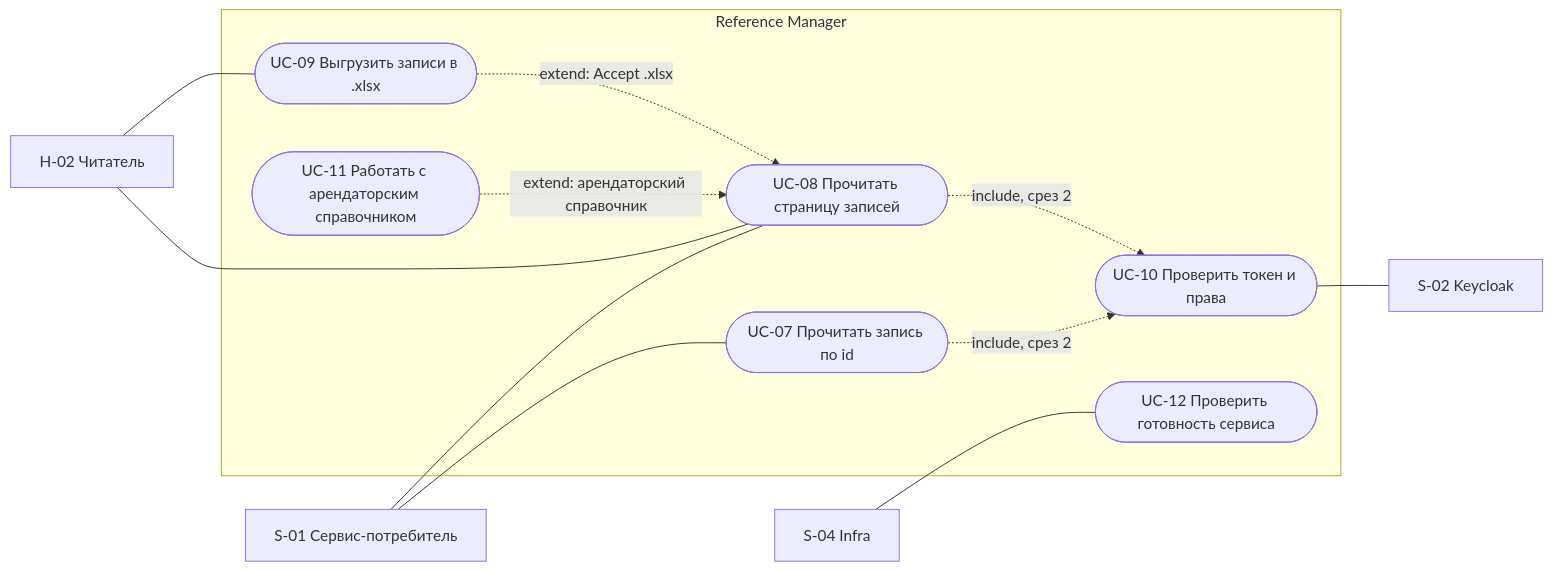
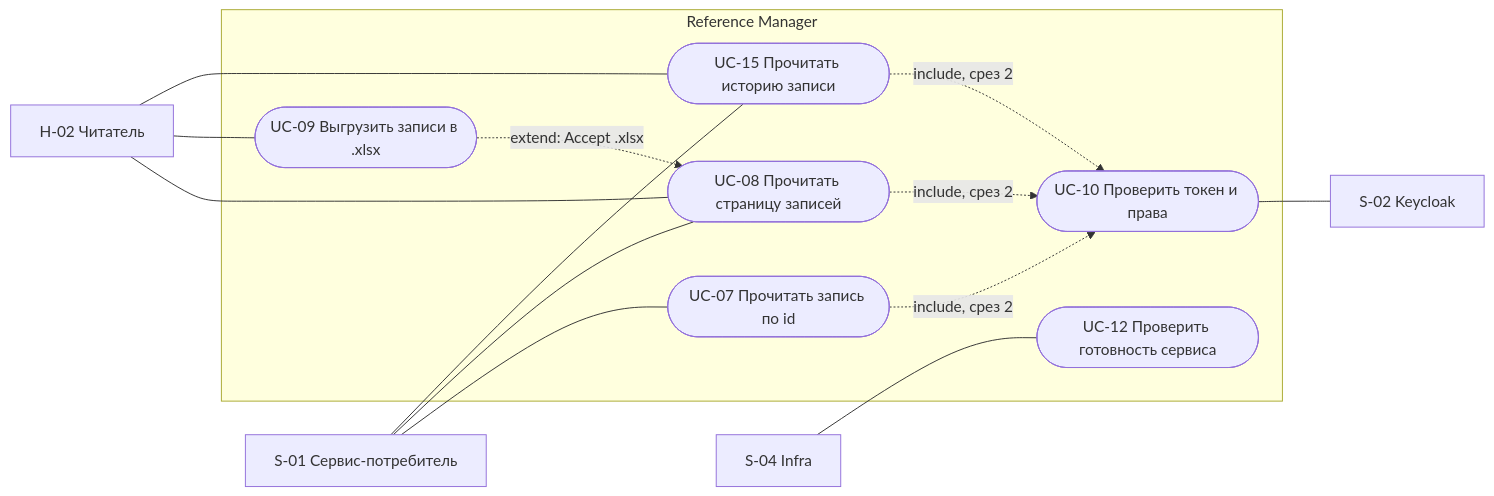
Before and after one commit to MEPhI-C22-501/arch-info-system-monorepo: the second of 2 diagrams in reference-manager/docs/block-b-domain-analysis/060.use-cases.md, drawn with Mermaid. The commit also changed other lines of this file and 26 other files, not shown here.

````diff
--- a/reference-manager/docs/block-b-domain-analysis/060.use-cases.md
+++ b/reference-manager/docs/block-b-domain-analysis/060.use-cases.md
@@ -49,25 +49,27 @@
 ```mermaid
 flowchart LR
     H2["H-02 Читатель"]
     S1["S-01 Сервис-потребитель"]
     S4["S-04 Infra"]
     KC["S-02 Keycloak"]
     subgraph RM["Reference Manager"]
         U7(["UC-07 Прочитать запись по id"])
         U8(["UC-08 Прочитать страницу записей"])
         U9(["UC-09 Выгрузить записи в .xlsx"])
         U10(["UC-10 Проверить токен и права"])
-        U11(["UC-11 Работать с арендаторским справочником"])
+        U15(["UC-15 Прочитать историю записи"])
         U12(["UC-12 Проверить готовность сервиса"])
     end
     H2 --- U8
     H2 --- U9
     S1 --- U7
     S1 --- U8
     S4 --- U12
     U9 -.->|"extend: Accept .xlsx"| U8
     U7 -.->|"include, срез 2"| U10
     U8 -.->|"include, срез 2"| U10
-    U11 -.->|"extend: арендаторский справочник"| U8
+    H2 --- U15
+    S1 --- U15
+    U15 -.->|"include, срез 2"| U10
     U10 --- KC
 ```
````
